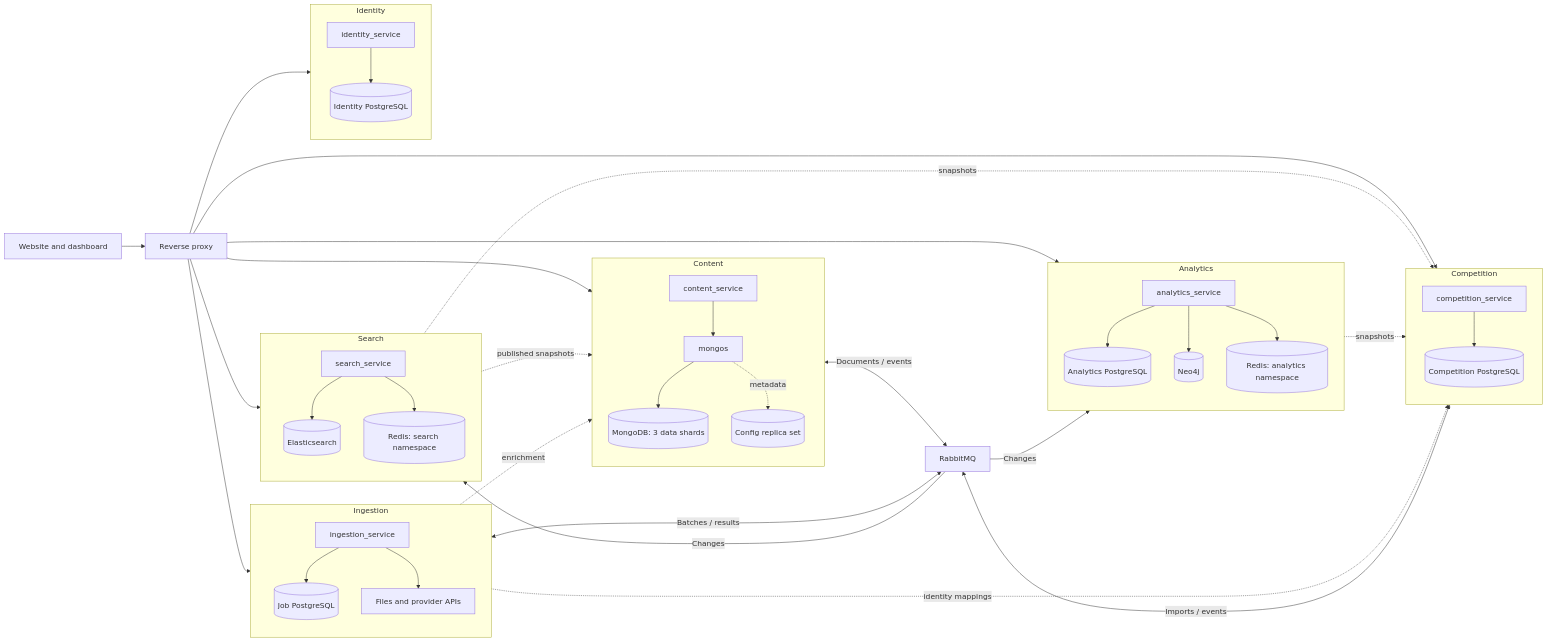
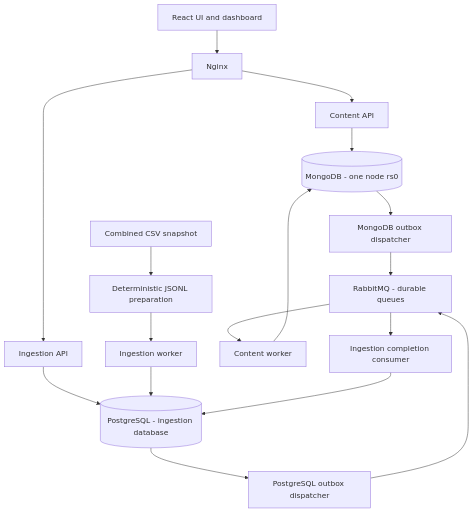
The first of 8 diagrams in docs/diagrams.md (IvnMrzv07/db-is-course-project), drawn with Mermaid before and after one commit. The commit also changed other lines of this file and 547 other files, not shown here.

````diff
--- a/docs/diagrams.md
+++ b/docs/diagrams.md
@@ -11,72 +11,19 @@
 ```mermaid
-flowchart LR
-    UI[Website and dashboard] --> Proxy[Reverse proxy]
-
-        subgraph IngestionGroup[Ingestion]
-            direction TB
-            Ingestion[ingestion_service]
-            IngestionDB[(Job PostgreSQL)]
-            Sources[Files and provider APIs]
-            Ingestion --> IngestionDB
-            Ingestion --> Sources
-        end
-        subgraph CompetitionGroup[Competition]
-            direction TB
-            Competition[competition_service]
-            CompetitionDB[(Competition PostgreSQL)]
-            Competition --> CompetitionDB
-        end
-        subgraph ContentGroup[Content]
-            direction TB
-            Content[content_service]
-            MongoRouter[mongos]
-            MongoShards[(MongoDB: 3 data shards)]
-            Config[(Config replica set)]
-            Content --> MongoRouter
-            MongoRouter --> MongoShards
-            MongoRouter -. metadata .-> Config
-        end
-        subgraph AnalyticsGroup[Analytics]
-            direction TB
-            Analytics[analytics_service]
-            AnalyticsDB[(Analytics PostgreSQL)]
-            Neo4j[(Neo4j)]
-            AnalyticsCache[(Redis: analytics namespace)]
-            Analytics --> AnalyticsDB
-            Analytics --> Neo4j
-            Analytics --> AnalyticsCache
-        end
-        subgraph SearchGroup[Search]
-            direction TB
-            Search[search_service]
-            ES[(Elasticsearch)]
-            SearchCache[(Redis: search namespace)]
-            Search --> ES
-            Search --> SearchCache
-        end
-        subgraph IdentityGroup[Identity]
-            direction TB
-            Identity[identity_service]
-            IdentityDB[(Identity PostgreSQL)]
-            Identity --> IdentityDB
-        end
-
-    Proxy --> Ingestion
-    Proxy --> Competition
-    Proxy --> Content
-    Proxy --> Analytics
-    Proxy --> Search
-    Proxy --> Identity
-    MQ[RabbitMQ]
-    Ingestion <-->|Batches / results| MQ
-    Competition <-->|Imports / events| MQ
-    Content <-->|Documents / events| MQ
-    MQ -->|Changes| Analytics
-    MQ -->|Changes| Search
-
-    Analytics -. snapshots .-> Competition
-    Search -. snapshots .-> Competition
-    Search -. published snapshots .-> Content
-    Ingestion -. identity mappings .-> Competition
-    Ingestion -. enrichment .-> Content
+flowchart TB
+    UI[React UI and dashboard] --> Proxy[Nginx]
+    Proxy --> Content[Content API]
+    Proxy --> Ingestion[Ingestion API]
+    Content --> Mongo[(MongoDB - one node rs0)]
+    Ingestion --> PG[(PostgreSQL - ingestion database)]
+    CSV[Combined CSV snapshot] --> Prepare[Deterministic JSONL preparation]
+    Prepare --> Producer[Ingestion worker]
+    Producer --> PG
+    PG --> Outbox[PostgreSQL outbox dispatcher]
+    Outbox --> MQ[RabbitMQ - durable queues]
+    MQ --> Consumer[Content worker]
+    Consumer --> Mongo
+    Mongo --> Completed[MongoDB outbox dispatcher]
+    Completed --> MQ
+    MQ --> Receipt[Ingestion completion consumer]
+    Receipt --> PG
 ```
````
